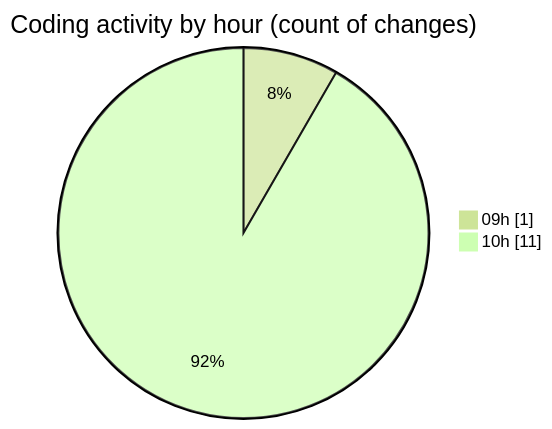
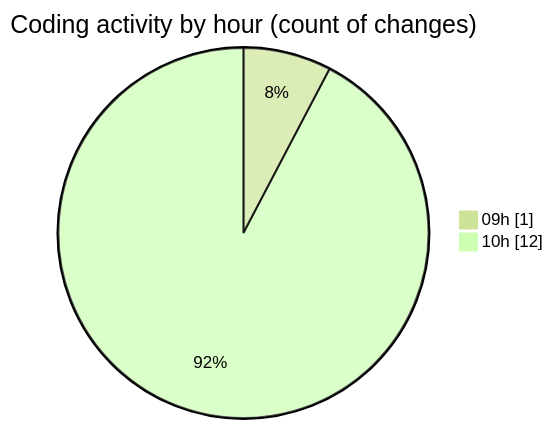
Before and after one commit to momahboobian/code-tracking: the second of 2 diagrams in 2026-08-11/cda/README.md, drawn with Mermaid (forest theme). The commit also changed other lines of this file and 1 other file, not shown here.

````diff
--- a/2026-08-11/cda/README.md
+++ b/2026-08-11/cda/README.md
@@ -35,6 +36,6 @@
 ```mermaid
 pie showData
 title Coding activity by hour (count of changes)
 "09h" : 1
-"10h" : 11
+"10h" : 12
 ```
````
